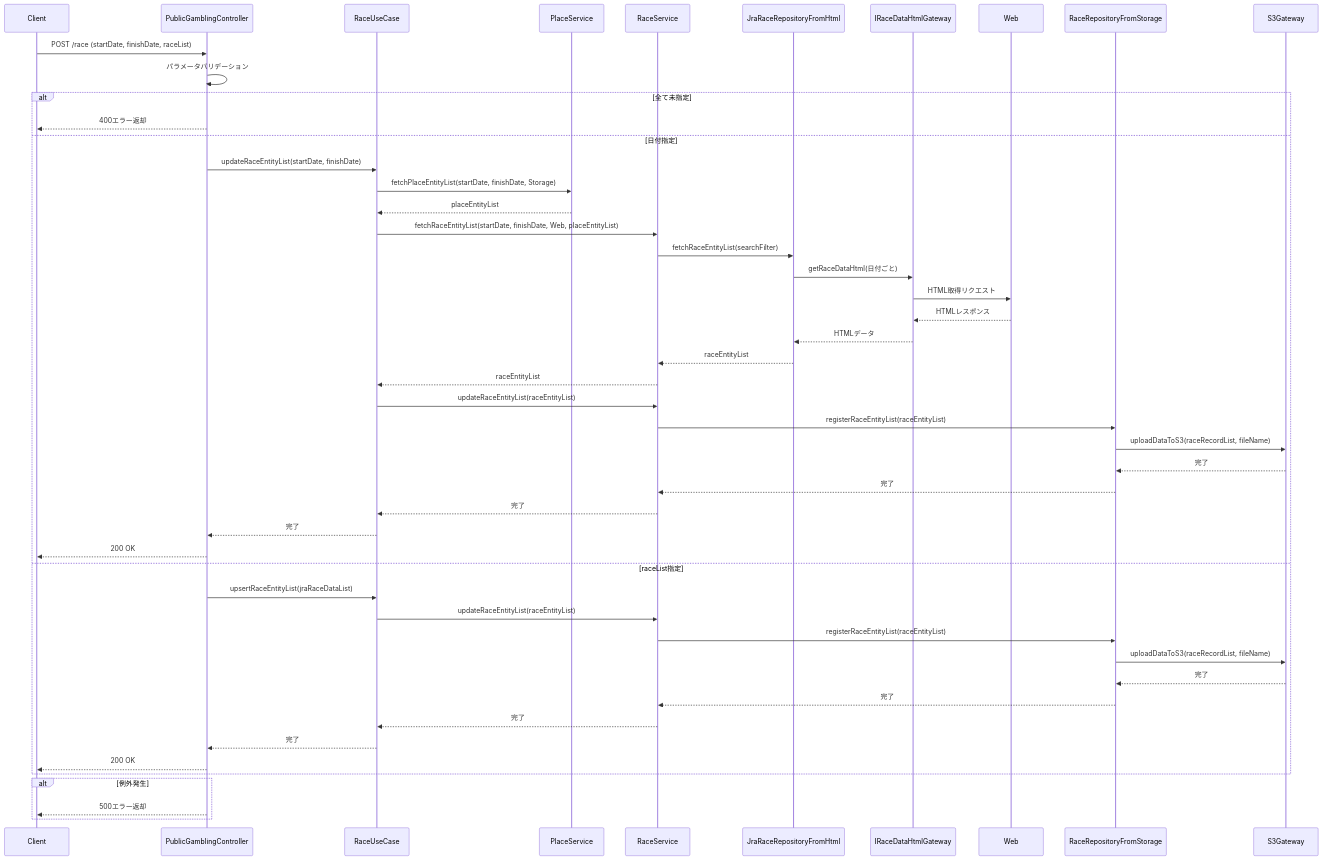
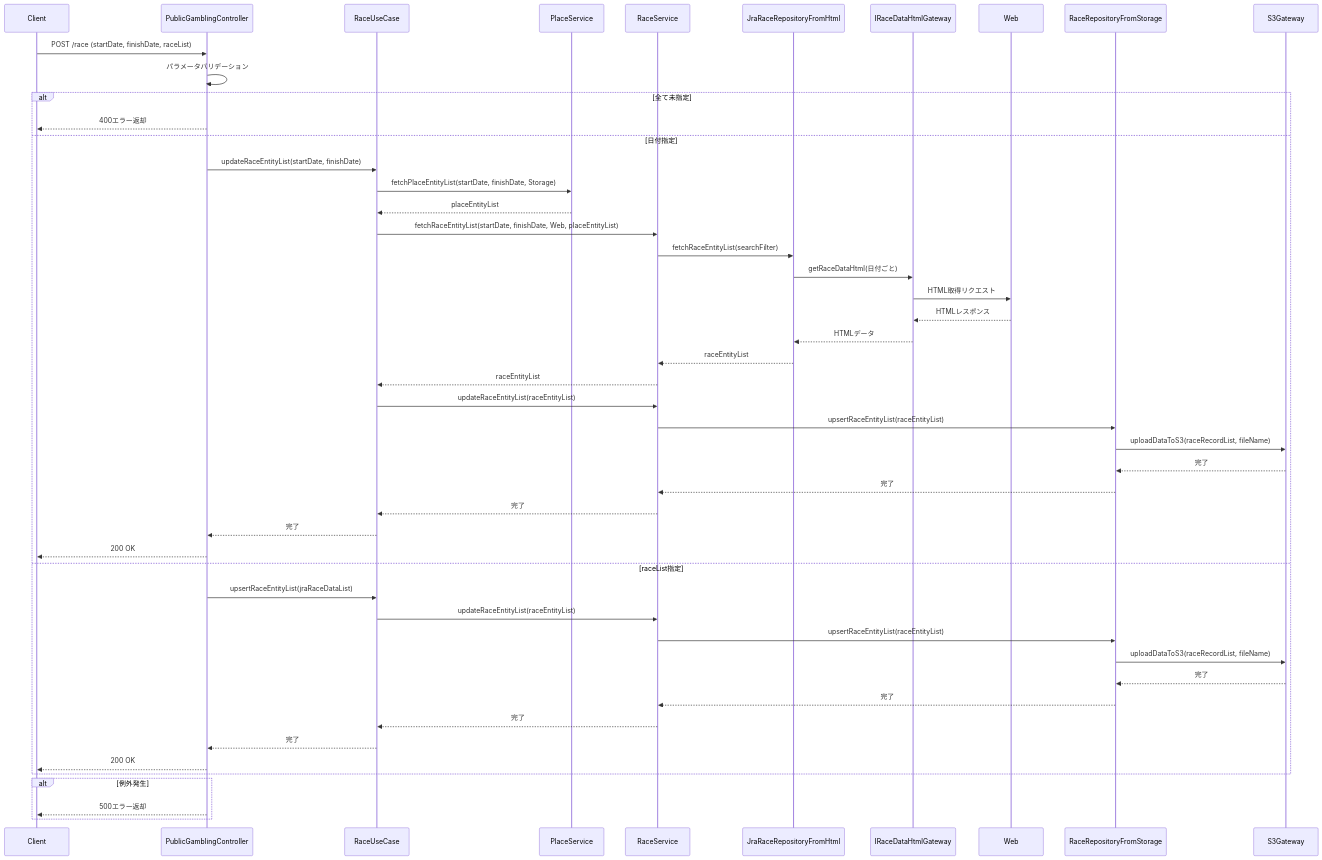
Before and after one commit to taichi6930/race-schedule-api: the diagram in document/detail-design/sequence/publicGambling/updateRaceEntityList.md, drawn with Mermaid. The commit also changed 44 other files, not shown here.

````diff
--- a/document/detail-design/sequence/publicGambling/updateRaceEntityList.md
+++ b/document/detail-design/sequence/publicGambling/updateRaceEntityList.md
@@ -3,52 +3,52 @@
 ```mermaid
 sequenceDiagram
     participant Client
     participant PublicGamblingController
     participant RaceUseCase
     participant PlaceService
     participant RaceService
     participant JraRaceRepositoryFromHtml
     participant IRaceDataHtmlGateway
     participant Web
     participant RaceRepositoryFromStorage
     participant S3Gateway
 
     Client->>PublicGamblingController: POST /race (startDate, finishDate, raceList)
     PublicGamblingController->>PublicGamblingController: パラメータバリデーション
     alt 全て未指定
         PublicGamblingController-->>Client: 400エラー返却
     else 日付指定
         PublicGamblingController->>RaceUseCase: updateRaceEntityList(startDate, finishDate)
         RaceUseCase->>PlaceService: fetchPlaceEntityList(startDate, finishDate, Storage)
         PlaceService-->>RaceUseCase: placeEntityList
         RaceUseCase->>RaceService: fetchRaceEntityList(startDate, finishDate, Web, placeEntityList)
         RaceService->>JraRaceRepositoryFromHtml: fetchRaceEntityList(searchFilter)
         JraRaceRepositoryFromHtml->>IRaceDataHtmlGateway: getRaceDataHtml(日付ごと)
         IRaceDataHtmlGateway->>Web: HTML取得リクエスト
         Web-->>IRaceDataHtmlGateway: HTMLレスポンス
         IRaceDataHtmlGateway-->>JraRaceRepositoryFromHtml: HTMLデータ
         JraRaceRepositoryFromHtml-->>RaceService: raceEntityList
         RaceService-->>RaceUseCase: raceEntityList
         RaceUseCase->>RaceService: updateRaceEntityList(raceEntityList)
-        RaceService->>RaceRepositoryFromStorage: registerRaceEntityList(raceEntityList)
+        RaceService->>RaceRepositoryFromStorage: upsertRaceEntityList(raceEntityList)
         RaceRepositoryFromStorage->>S3Gateway: uploadDataToS3(raceRecordList, fileName)
         S3Gateway-->>RaceRepositoryFromStorage: 完了
         RaceRepositoryFromStorage-->>RaceService: 完了
         RaceService-->>RaceUseCase: 完了
         RaceUseCase-->>PublicGamblingController: 完了
         PublicGamblingController-->>Client: 200 OK
     else raceList指定
         PublicGamblingController->>RaceUseCase: upsertRaceEntityList(jraRaceDataList)
         RaceUseCase->>RaceService: updateRaceEntityList(raceEntityList)
-        RaceService->>RaceRepositoryFromStorage: registerRaceEntityList(raceEntityList)
+        RaceService->>RaceRepositoryFromStorage: upsertRaceEntityList(raceEntityList)
         RaceRepositoryFromStorage->>S3Gateway: uploadDataToS3(raceRecordList, fileName)
         S3Gateway-->>RaceRepositoryFromStorage: 完了
         RaceRepositoryFromStorage-->>RaceService: 完了
         RaceService-->>RaceUseCase: 完了
         RaceUseCase-->>PublicGamblingController: 完了
         PublicGamblingController-->>Client: 200 OK
     end
     alt 例外発生
         PublicGamblingController-->>Client: 500エラー返却
     end
 ```
````
